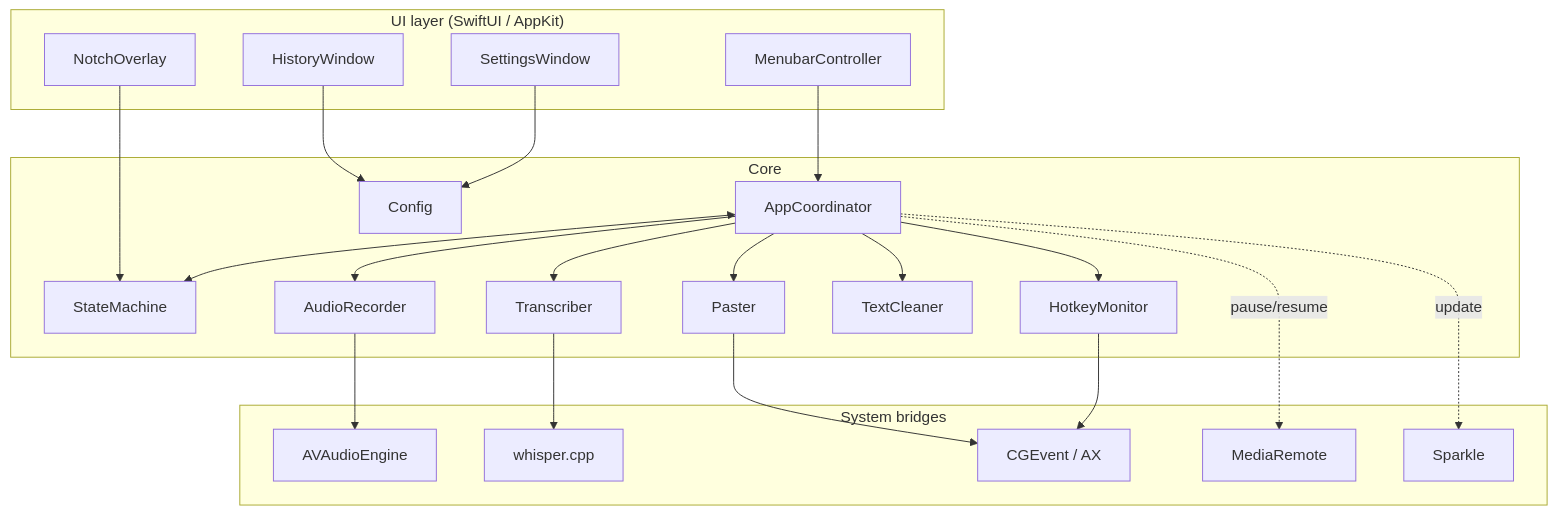
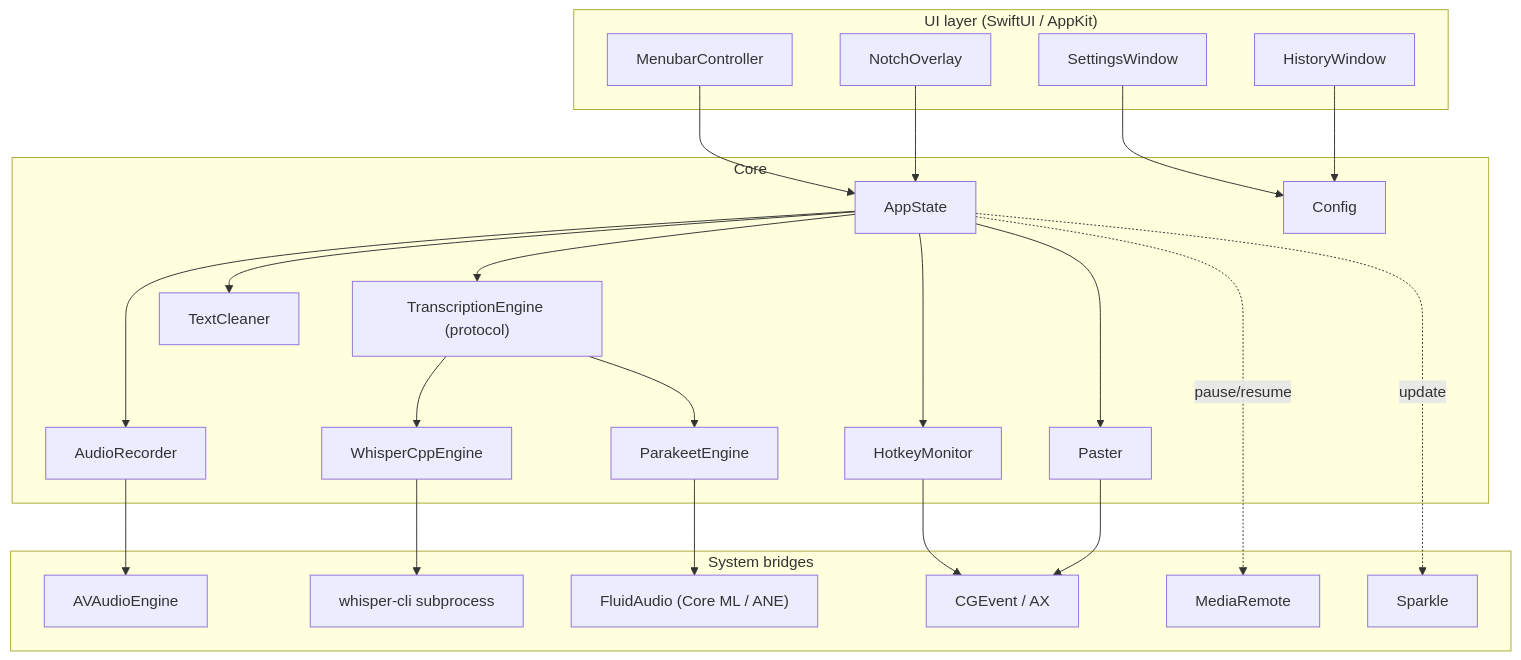
One commit to roshanshah11/murmur changed the first of 2 diagrams in docs/architecture.md. Above: the diagram before and after it, drawn with Mermaid. The commit also changed other lines of this file and 29 other files, not shown here.

First line of the commit message:
Add NVIDIA Parakeet (FluidAudio) as the default transcription engine (#1)

````diff
--- a/docs/architecture.md
+++ b/docs/architecture.md
@@ -13,45 +14,49 @@
 ```mermaid
 flowchart TB
     subgraph UI["UI layer (SwiftUI / AppKit)"]
         MenubarController
         SettingsWindow
         HistoryWindow
         NotchOverlay
     end
 
     subgraph Core["Core"]
-        AppCoordinator
-        StateMachine
+        AppState
         HotkeyMonitor
         AudioRecorder
-        Transcriber
+        Engine["TranscriptionEngine (protocol)"]
+        WhisperCppEngine
+        ParakeetEngine
         TextCleaner
         Paster
         Config
     end
 
     subgraph Sys["System bridges"]
         AVAudioEngine
-        WhisperCpp[whisper.cpp]
+        WhisperCpp[whisper-cli subprocess]
+        FluidAudio["FluidAudio (Core ML / ANE)"]
         Accessibility[CGEvent / AX]
         MediaRemote
         Sparkle
     end
 
     HotkeyMonitor --> Accessibility
     AudioRecorder --> AVAudioEngine
-    Transcriber --> WhisperCpp
+    Engine --> WhisperCppEngine
+    Engine --> ParakeetEngine
+    WhisperCppEngine --> WhisperCpp
+    ParakeetEngine --> FluidAudio
     Paster --> Accessibility
-    AppCoordinator <--> StateMachine
-    MenubarController --> AppCoordinator
+    MenubarController --> AppState
     SettingsWindow --> Config
     HistoryWindow --> Config
-    NotchOverlay --> StateMachine
-    AppCoordinator --> HotkeyMonitor
-    AppCoordinator --> AudioRecorder
-    AppCoordinator --> Transcriber
-    AppCoordinator --> TextCleaner
-    AppCoordinator --> Paster
-    AppCoordinator -.pause/resume.-> MediaRemote
-    AppCoordinator -.update.-> Sparkle
+    NotchOverlay --> AppState
+    AppState --> HotkeyMonitor
+    AppState --> AudioRecorder
+    AppState --> Engine
+    AppState --> TextCleaner
+    AppState --> Paster
+    AppState -.pause/resume.-> MediaRemote
+    AppState -.update.-> Sparkle
 ```
````
